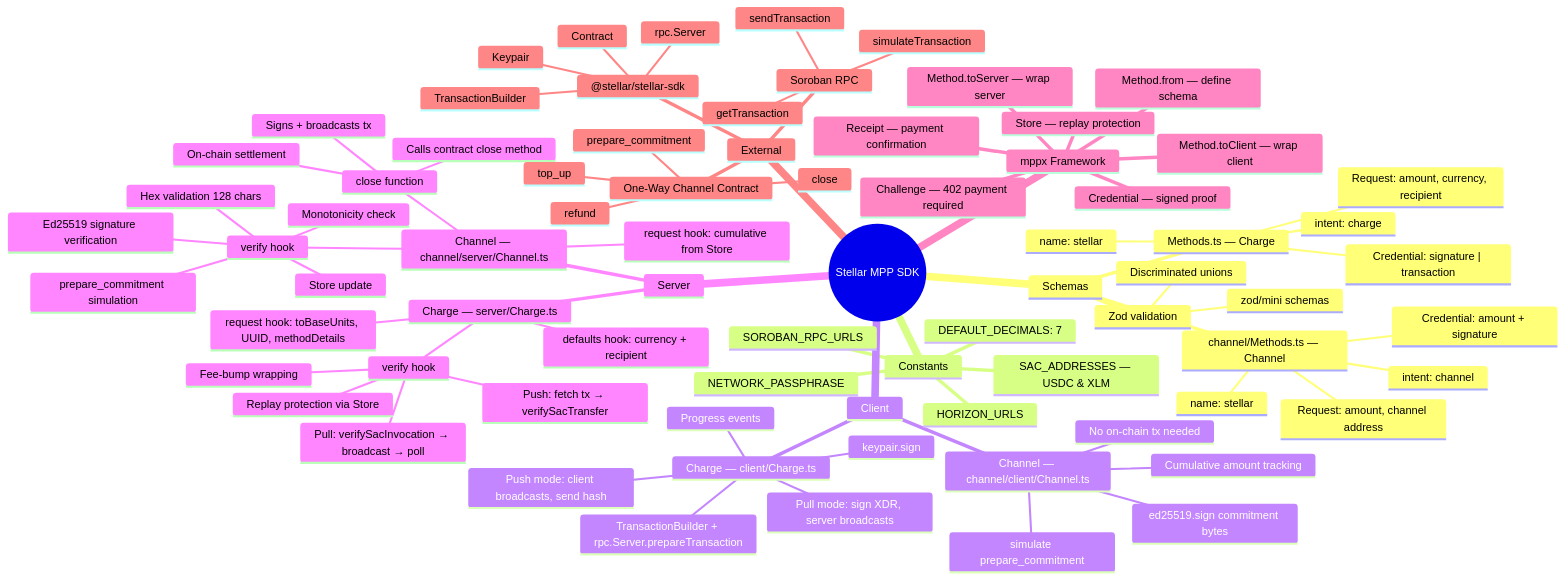
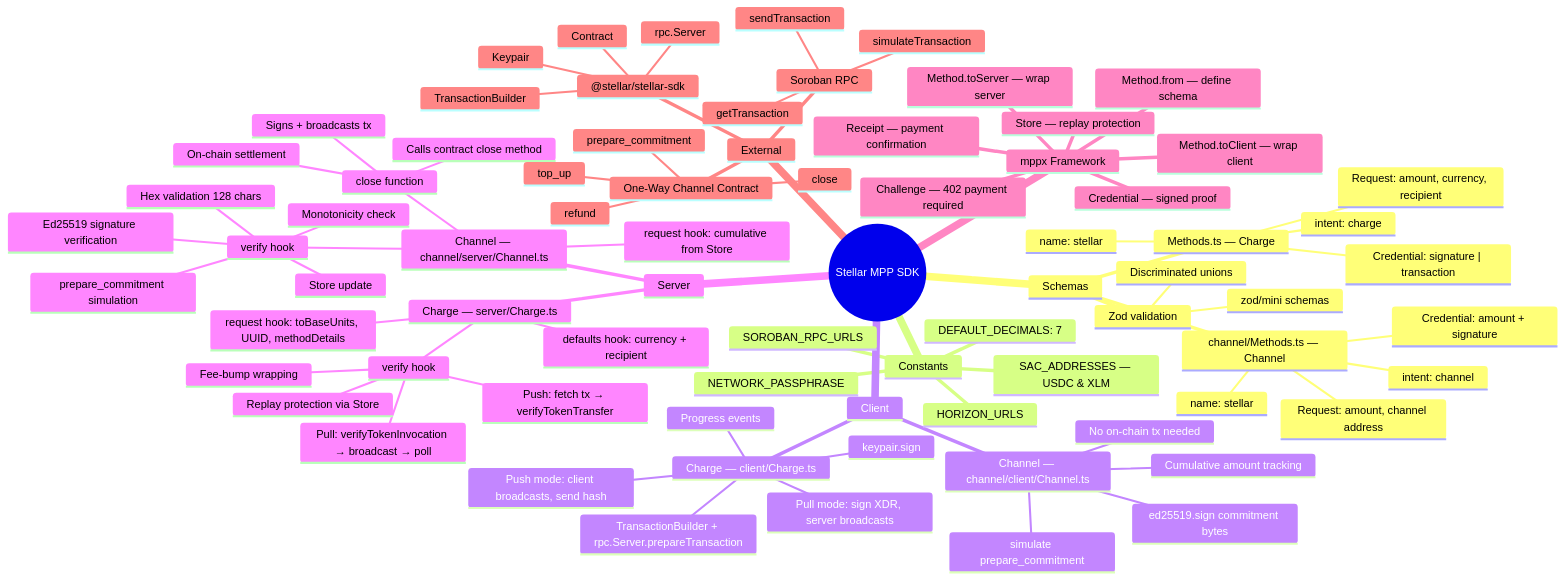
The diagram in diagrams/mindmap.md (stellar-experimental/stellar-mpp-sdk), drawn with Mermaid before and after one commit. The commit also changed 63 other files, not shown here.

````diff
--- a/diagrams/mindmap.md
+++ b/diagrams/mindmap.md
@@ -3,80 +3,80 @@
 ```mermaid
 mindmap
   root((Stellar MPP SDK))
     Schemas
       Methods.ts — Charge
         name: stellar
         intent: charge
         Credential: signature | transaction
         Request: amount, currency, recipient
       channel/Methods.ts — Channel
         name: stellar
         intent: channel
         Credential: amount + signature
         Request: amount, channel address
       Zod validation
         zod/mini schemas
         Discriminated unions
     Constants
       NETWORK_PASSPHRASE
       SOROBAN_RPC_URLS
       HORIZON_URLS
       SAC_ADDRESSES — USDC & XLM
       DEFAULT_DECIMALS: 7
     Client
       Charge — client/Charge.ts
         Pull mode: sign XDR, server broadcasts
         Push mode: client broadcasts, send hash
         TransactionBuilder + rpc.Server.prepareTransaction
         keypair.sign
         Progress events
       Channel — channel/client/Channel.ts
         simulate prepare_commitment
         ed25519.sign commitment bytes
         Cumulative amount tracking
         No on-chain tx needed
     Server
       Charge — server/Charge.ts
         defaults hook: currency + recipient
         request hook: toBaseUnits, UUID, methodDetails
         verify hook
-          Pull: verifySacInvocation → broadcast → poll
-          Push: fetch tx → verifySacTransfer
+          Pull: verifyTokenInvocation → broadcast → poll
+          Push: fetch tx → verifyTokenTransfer
           Fee-bump wrapping
           Replay protection via Store
       Channel — channel/server/Channel.ts
         request hook: cumulative from Store
         verify hook
           Hex validation 128 chars
           Monotonicity check
           prepare_commitment simulation
           Ed25519 signature verification
           Store update
         close function
           On-chain settlement
           Calls contract close method
           Signs + broadcasts tx
     mppx Framework
       Method.from — define schema
       Method.toClient — wrap client
       Method.toServer — wrap server
       Challenge — 402 payment required
       Credential — signed proof
       Receipt — payment confirmation
       Store — replay protection
     External
       @stellar/stellar-sdk
         Keypair
         Contract
         rpc.Server
         TransactionBuilder
       Soroban RPC
         simulateTransaction
         sendTransaction
         getTransaction
       One-Way Channel Contract
         prepare_commitment
         close
         top_up
         refund
 ```
````
